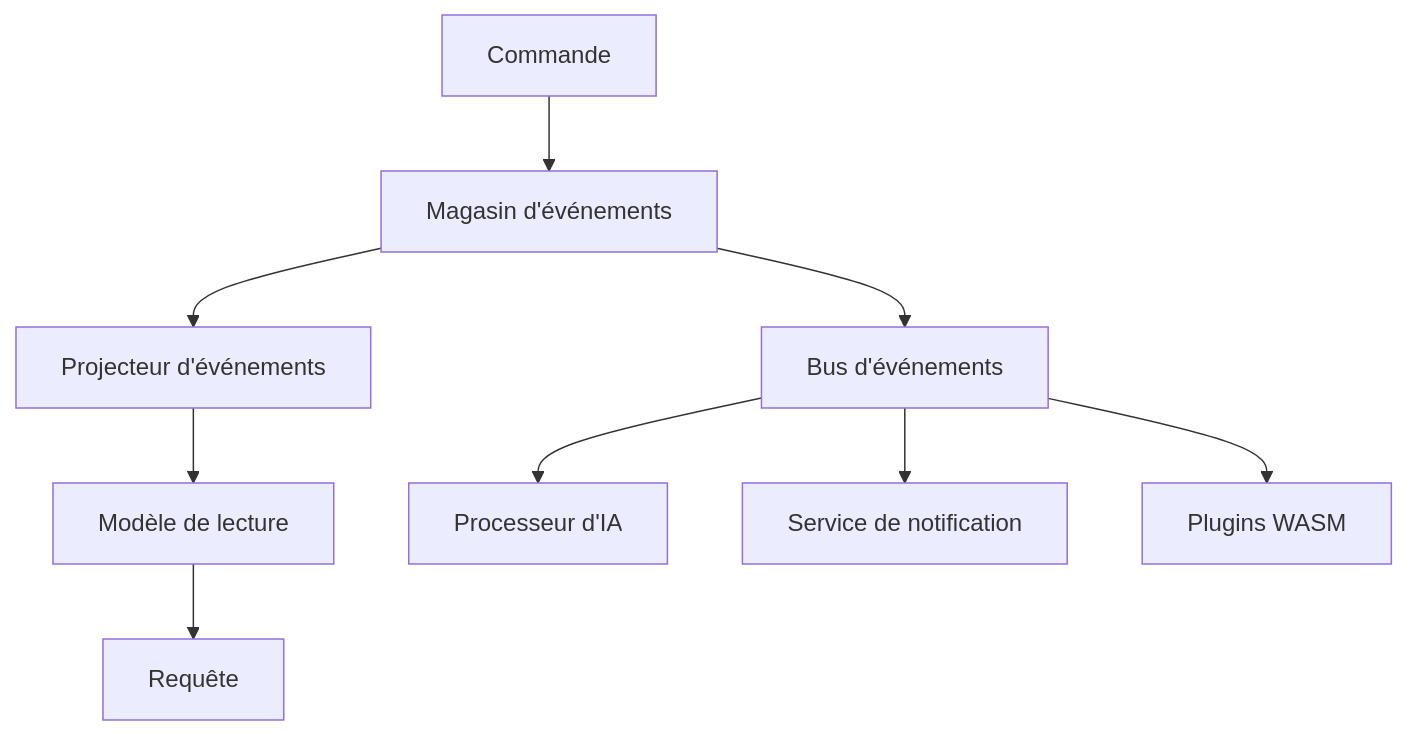
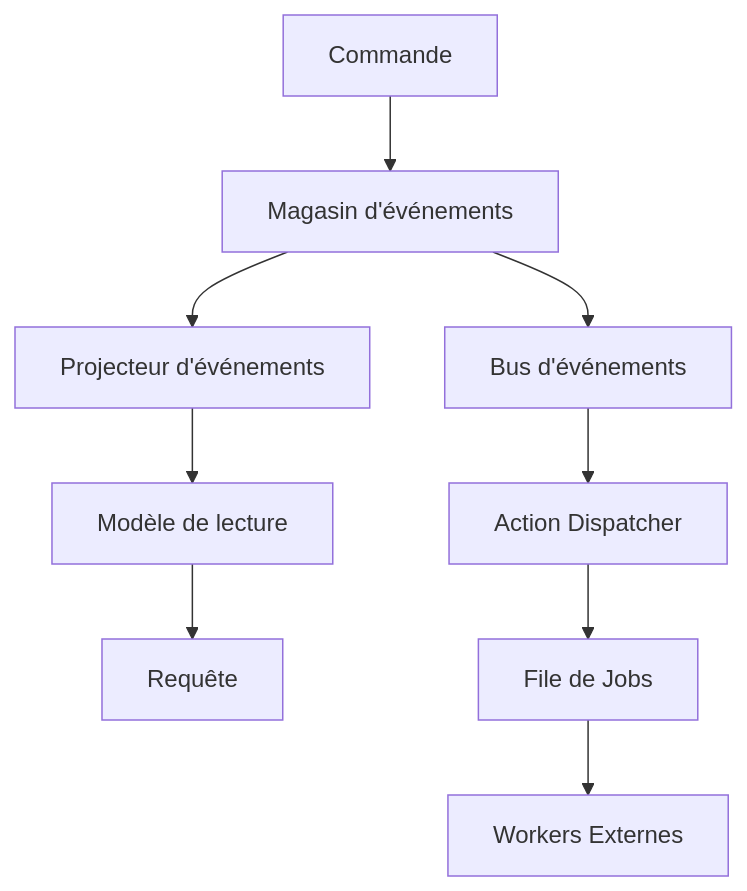
The diagram in README.fr.md (atomo-cc/atomo), drawn with Mermaid before and after one commit. The commit also changed other lines of this file and 32 other files, not shown here.

First line of the commit message:
feat: implement Phase 1 action system and replace WASM docs with actions/workers

````diff
--- a/README.fr.md
+++ b/README.fr.md
@@ -120,12 +120,12 @@
 ```mermaid
 graph TD
     A[Commande] --> B[Magasin d'événements]
     B --> C[Projecteur d'événements]
     C --> D[Modèle de lecture]
     D --> E[Requête]
 
     B --> F[Bus d'événements]
-    F --> G[Processeur d'IA]
-    F --> H[Service de notification]
-    F --> I[Plugins WASM]
+    F --> G[Action Dispatcher]
+    G --> H[File de Jobs]
+    H --> I[Workers Externes]
 ```
````
